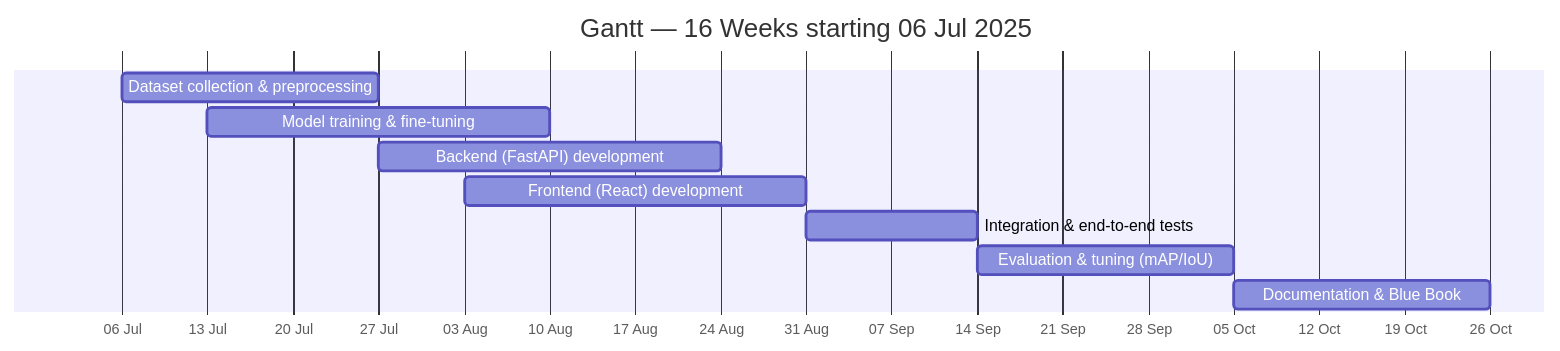
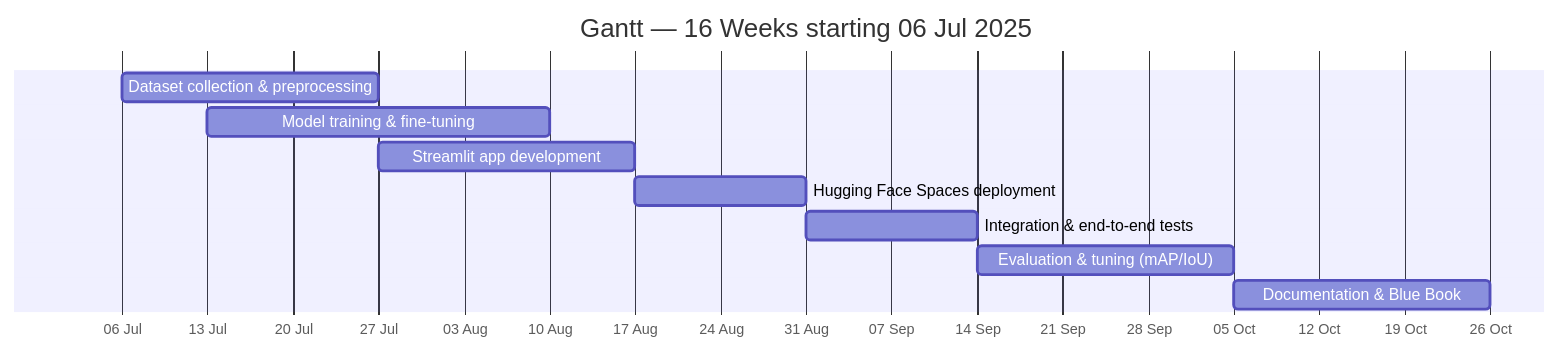
Before and after one commit to hardik1511/image-defect-detection: the diagram in bluebook_diagrams/gantt_16w.mmd, drawn with Mermaid. The commit also changed 7 other files, not shown here.

Commit message:
Update bluebook diagrams for Hugging Face Spaces deployment

```diff
--- a/bluebook_diagrams/gantt_16w.mmd
+++ b/bluebook_diagrams/gantt_16w.mmd
@@ -1,11 +1,11 @@
 gantt
     title Gantt — 16 Weeks starting 06 Jul 2025
     dateFormat  YYYY-MM-DD
     axisFormat  %d %b
     Dataset collection & preprocessing  : 2025-07-06, 21d
     Model training & fine-tuning  : 2025-07-13, 28d
-    Backend (FastAPI) development  : 2025-07-27, 28d
-    Frontend (React) development  : 2025-08-03, 28d
+    Streamlit app development  : 2025-07-27, 21d
+    Hugging Face Spaces deployment  : 2025-08-17, 14d
     Integration & end-to-end tests  : 2025-08-31, 14d
     Evaluation & tuning (mAP/IoU)  : 2025-09-14, 21d
     Documentation & Blue Book  : 2025-10-05, 21d
```
